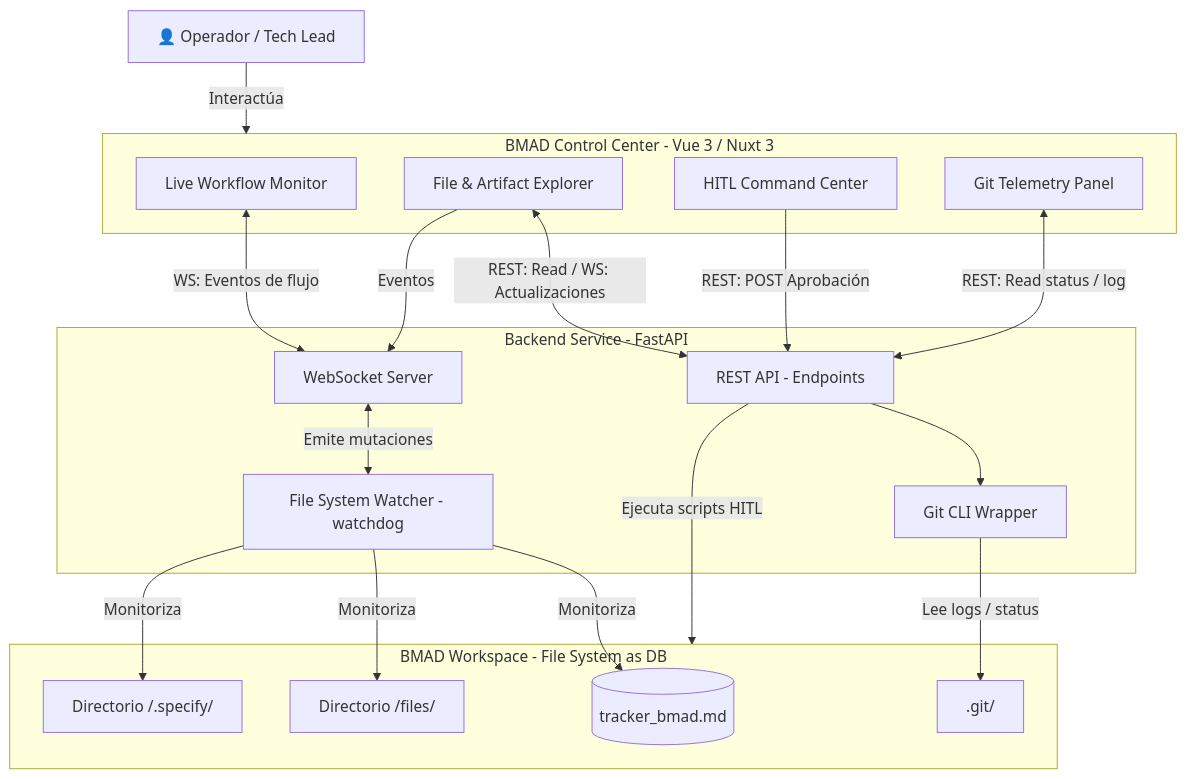
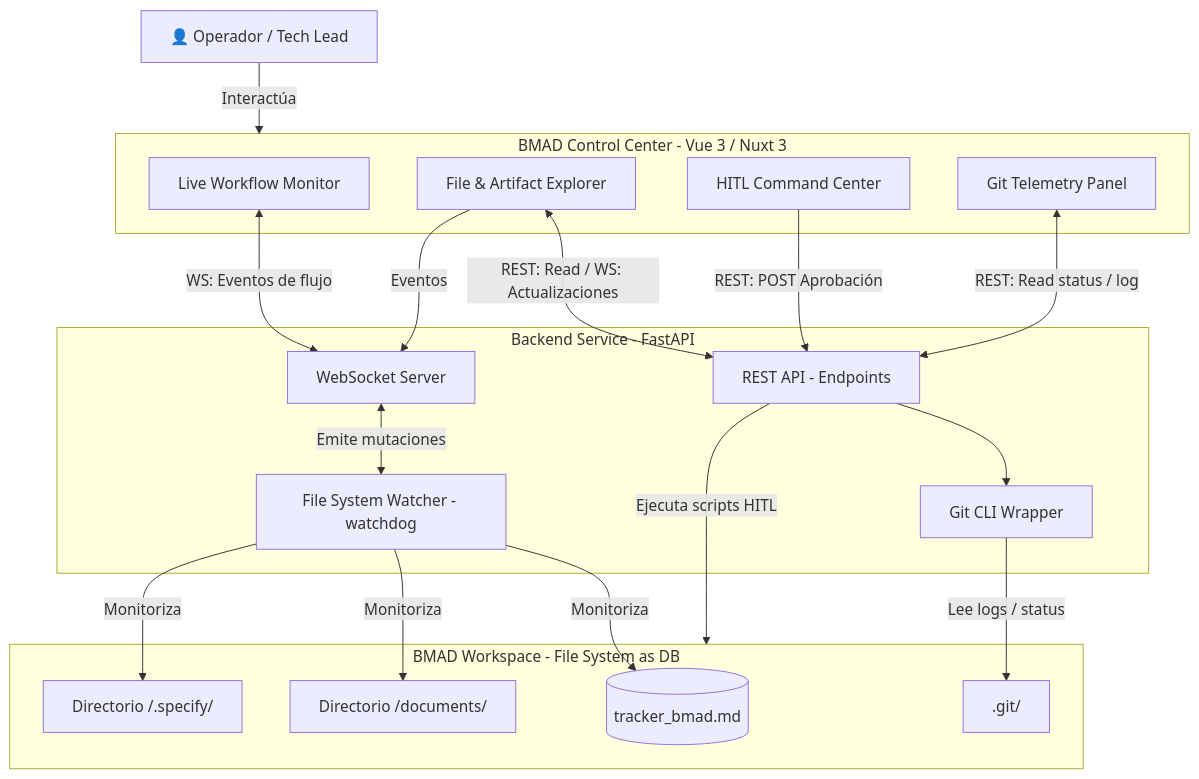
Before and after one commit to pauloravicaceres/template-bmad: the diagram in temp/proyecto-dashboard/tech-design-dashboard.md, drawn with Mermaid. The commit also changed other lines of this file and 110 other files, not shown here.

````diff
--- a/temp/proyecto-dashboard/tech-design-dashboard.md
+++ b/temp/proyecto-dashboard/tech-design-dashboard.md
@@ -12,56 +12,56 @@
 ```mermaid
 flowchart TD
 
     %% =========================
     %% COMPONENTES
     %% =========================
 
     User["👤 Operador / Tech Lead"]
 
     subgraph Frontend["BMAD Control Center - Vue 3 / Nuxt 3"]
         UI_Monitor["Live Workflow Monitor"]
         UI_Explorer["File & Artifact Explorer"]
         UI_HITL["HITL Command Center"]
         UI_Git["Git Telemetry Panel"]
     end
 
     subgraph Backend["Backend Service - FastAPI"]
         API_REST["REST API - Endpoints"]
         WS_Server["WebSocket Server"]
         FS_Watcher["File System Watcher - watchdog"]
         Git_Wrapper["Git CLI Wrapper"]
     end
 
     subgraph FileSystem["BMAD Workspace - File System as DB"]
         Tracker[("tracker_bmad.md")]
-        FilesDir["Directorio /files/"]
+        FilesDir["Directorio /documents/"]
         SpecifyDir["Directorio /.specify/"]
         GitRepo[".git/"]
     end
 
     %% =========================
     %% RELACIONES
     %% =========================
 
     User -->|Interactúa| Frontend
 
     UI_Monitor <-->|WS: Eventos de flujo| WS_Server
 
     UI_Explorer <-->|REST: Read / WS: Actualizaciones| API_REST
     UI_Explorer -->|Eventos| WS_Server
 
     UI_HITL -->|REST: POST Aprobación| API_REST
 
     UI_Git <-->|REST: Read status / log| API_REST
 
     API_REST -->|Ejecuta scripts HITL| FileSystem
     API_REST --> Git_Wrapper
 
     WS_Server <-->|Emite mutaciones| FS_Watcher
 
     FS_Watcher -->|Monitoriza| Tracker
     FS_Watcher -->|Monitoriza| FilesDir
     FS_Watcher -->|Monitoriza| SpecifyDir
 
     Git_Wrapper -->|Lee logs / status| GitRepo
 ```
````
